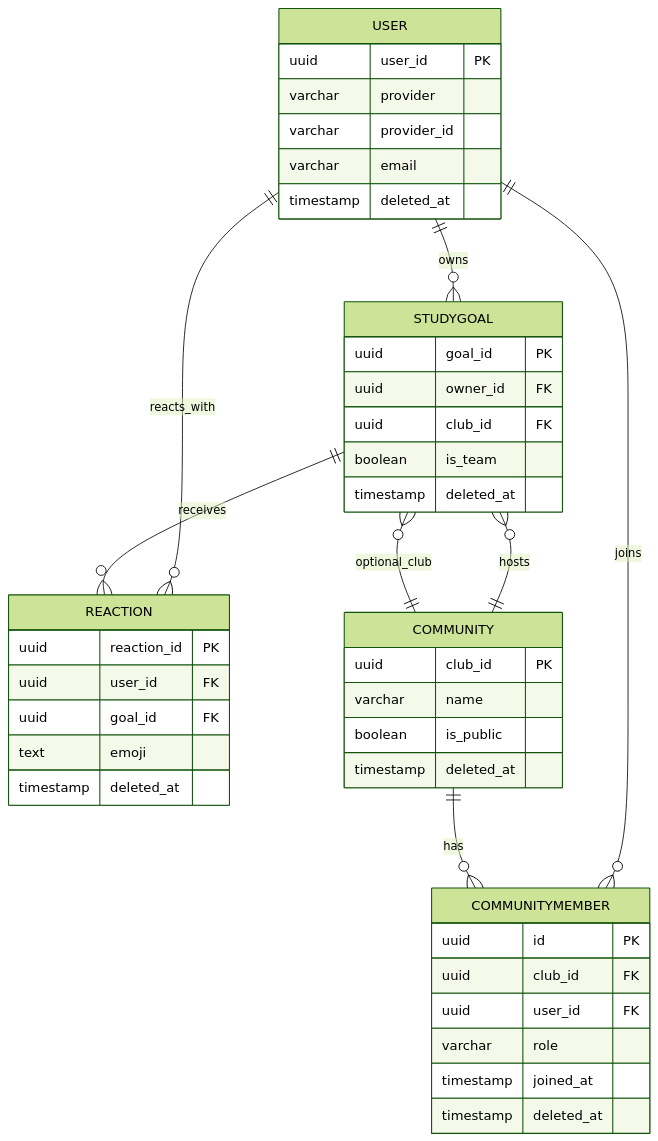
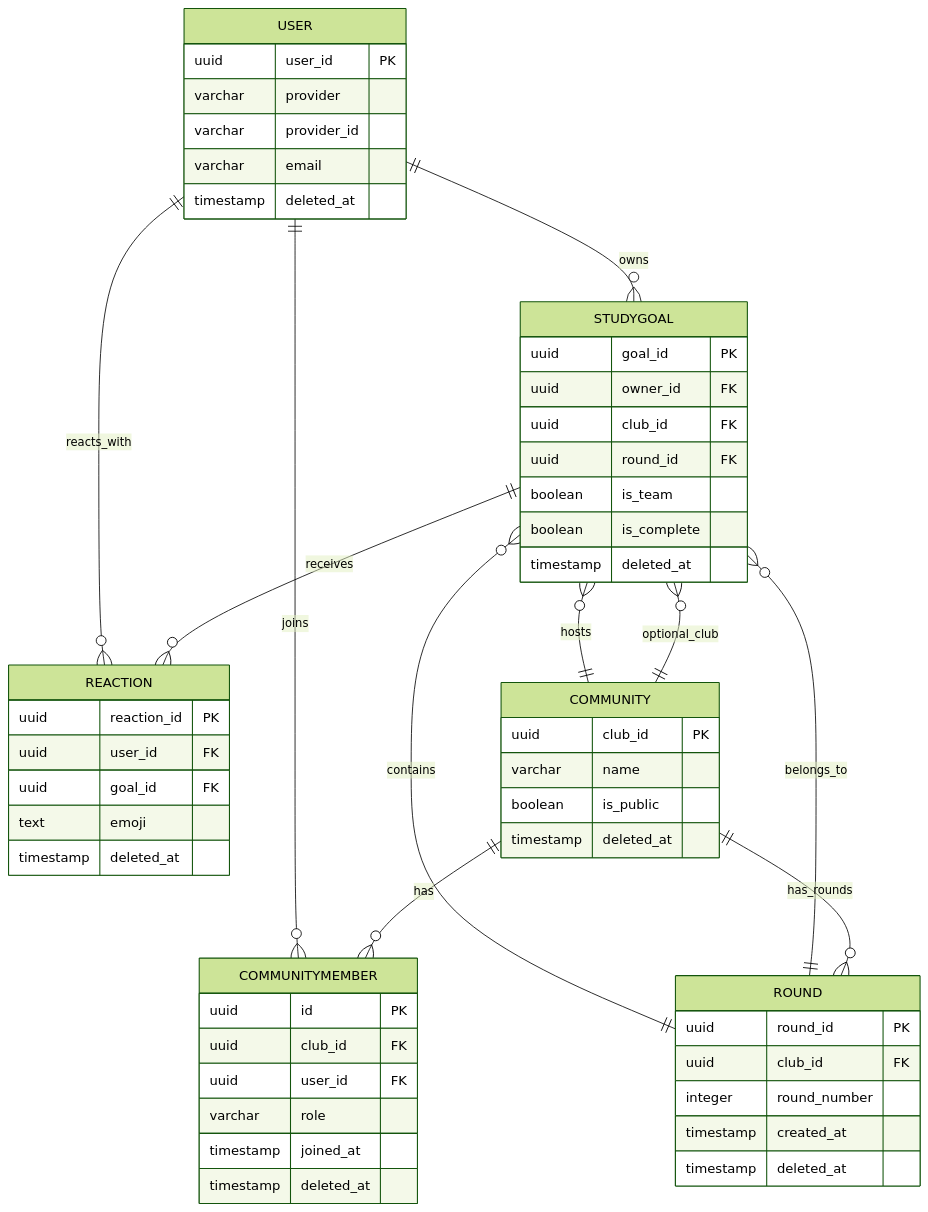
The diagram in docs/data-model.md (FRONTENDBOOTCAMP-14th/react_project_1), drawn with Mermaid (forest theme) before and after one commit. The commit also changed other lines of this file and 15 other files, not shown here.

````diff
--- a/docs/data-model.md
+++ b/docs/data-model.md
@@ -5,46 +5,58 @@
 ```mermaid
 erDiagram
     USER {
         uuid user_id PK
         varchar provider
         varchar provider_id
         varchar email
         timestamp deleted_at
     }
     STUDYGOAL {
         uuid goal_id PK
         uuid owner_id FK
         uuid club_id FK
+        uuid round_id FK
         boolean is_team
+        boolean is_complete
         timestamp deleted_at
     }
     REACTION {
         uuid reaction_id PK
         uuid user_id FK
         uuid goal_id FK
         text emoji
         timestamp deleted_at
     }
     COMMUNITY {
         uuid club_id PK
         varchar name
         boolean is_public
         timestamp deleted_at
     }
     COMMUNITYMEMBER {
         uuid id PK
         uuid club_id FK
         uuid user_id FK
         varchar role
         timestamp joined_at
         timestamp deleted_at
     }
+    ROUND {
+        uuid round_id PK
+        uuid club_id FK
+        integer round_number
+        timestamp created_at
+        timestamp deleted_at
+    }
 
     USER ||--o{ STUDYGOAL : owns
     STUDYGOAL ||--o{ REACTION : receives
     USER ||--o{ REACTION : reacts_with
     COMMUNITY ||--o{ STUDYGOAL : hosts
     STUDYGOAL }o--|| COMMUNITY : optional_club
     COMMUNITY ||--o{ COMMUNITYMEMBER : has
     USER ||--o{ COMMUNITYMEMBER : joins
+    COMMUNITY ||--o{ ROUND : has_rounds
+    ROUND ||--o{ STUDYGOAL : contains
+    STUDYGOAL }o--|| ROUND : belongs_to
 ```
````
